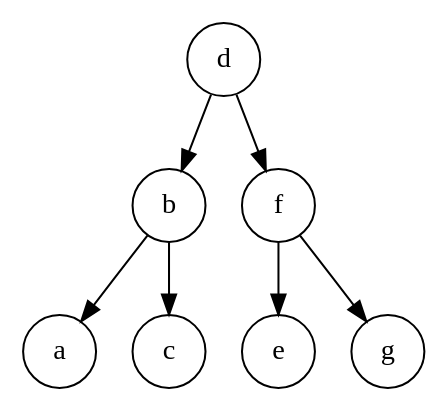
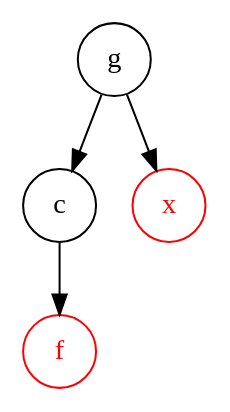
The diagram in arbre.dot (ptitguigui/Licence_Info-S5), drawn with Graphviz before and after one commit. The commit also changed 2 other files, not shown here.

```diff
--- a/arbre.dot
+++ b/arbre.dot
@@ -1,21 +1,10 @@
-/* Entête */
-digraph "complet3" {
-    node [fontname="DejaVu-Sans", shape=circle]
-
-    /* Liste des nœuds */
-    a
-    b
-    c
-    d
-    e
-    f
-    g
-
-    /* Liste des arcs */
-    d -> b
-    d -> f
-    b -> a
-    b -> c
-    f -> e
-    f -> g
+digraph "Arbre" {
+node [fontname="DejaVu-Sans", shape=circle]
+c [color=black, fontcolor=black]
+f [color=red, fontcolor=red]
+g [color=black, fontcolor=black]
+x [color=red, fontcolor=red]
+g -> c
+g -> x
+c -> f
 }
```
